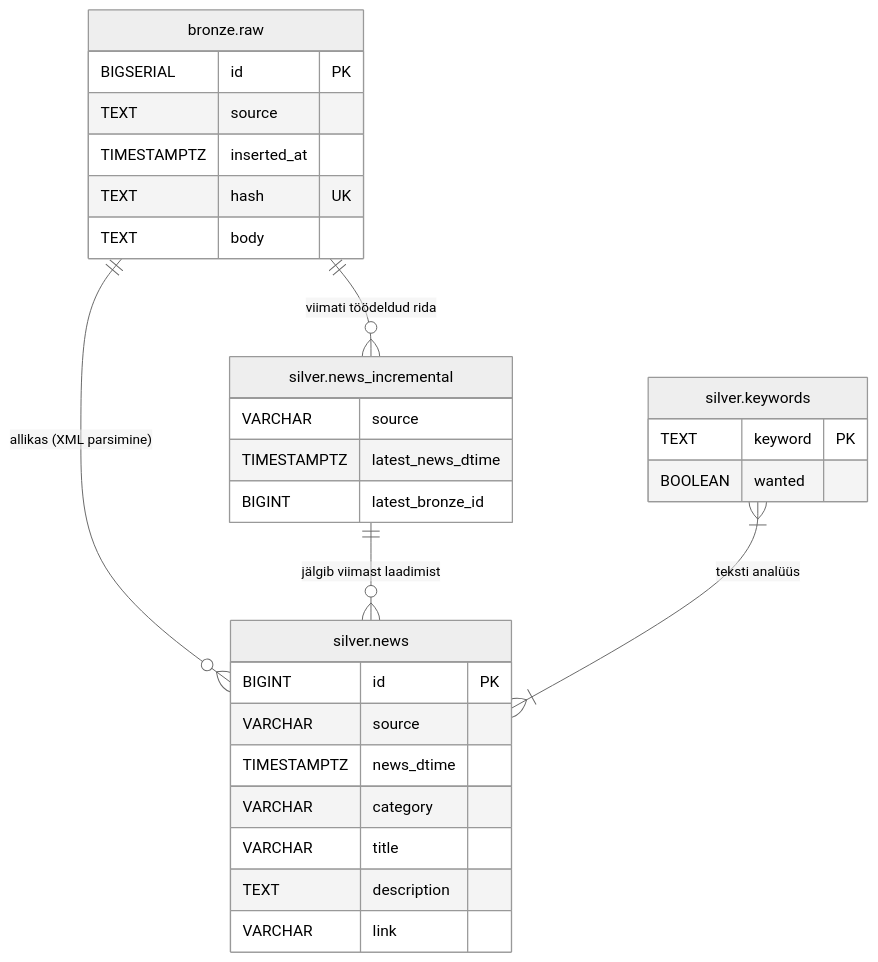
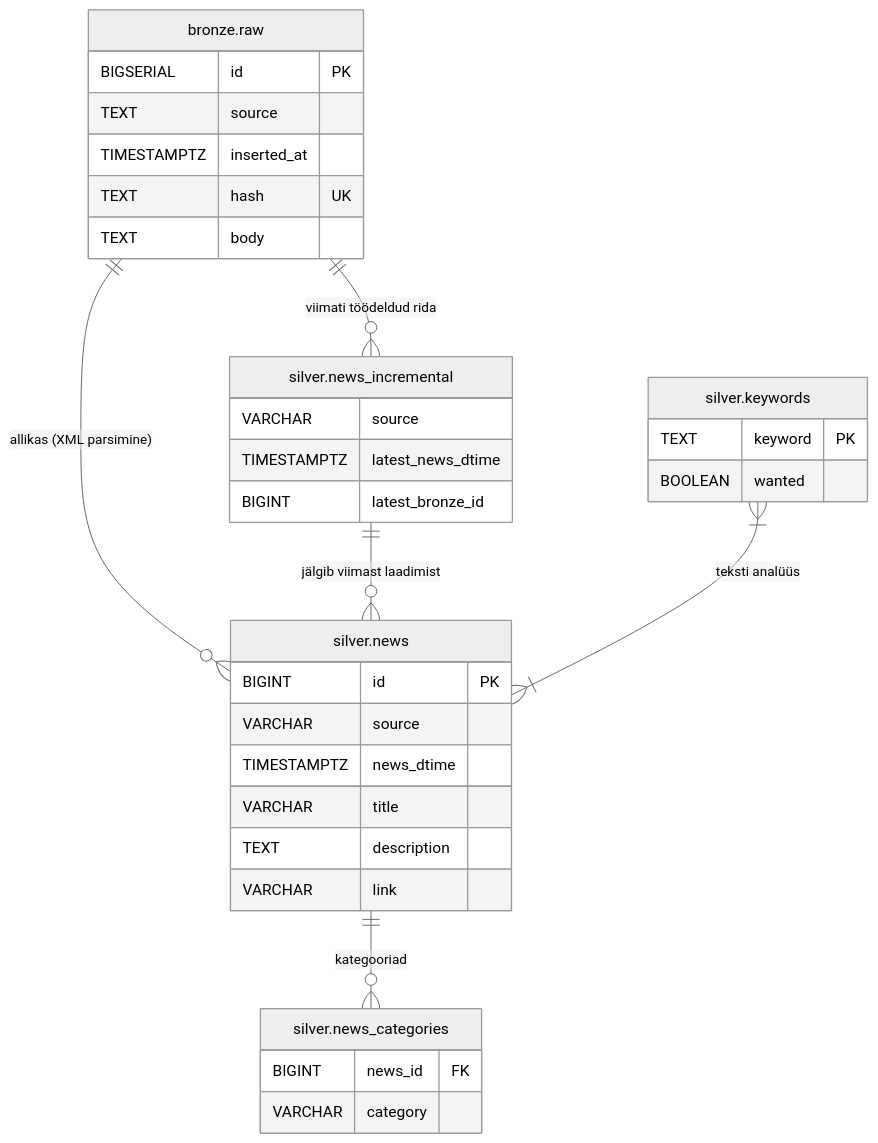
The second of 2 diagrams in RDS/README.md (kaidokariste/ut-aik-grupitoo), drawn with Mermaid before and after one commit. The commit also changed other lines of this file and 6 other files, not shown here.

````diff
--- a/RDS/README.md
+++ b/RDS/README.md
@@ -85,37 +95,42 @@
 ```mermaid
 %%{init: {'theme': 'neutral'}}%%
 erDiagram
     "bronze.raw" {
         BIGSERIAL id PK
         TEXT source
         TIMESTAMPTZ inserted_at
         TEXT hash UK
         TEXT body
     }
 
     "silver.news" {
         BIGINT id PK
         VARCHAR source
         TIMESTAMPTZ news_dtime
-        VARCHAR category
         VARCHAR title
         TEXT description
         VARCHAR link
+    }
+
+    "silver.news_categories" {
+        BIGINT news_id FK
+        VARCHAR category
     }
 
     "silver.news_incremental" {
         VARCHAR source
         TIMESTAMPTZ latest_news_dtime
         BIGINT latest_bronze_id
     }
 
     "silver.keywords" {
         TEXT keyword PK
         BOOLEAN wanted
     }
 
     "bronze.raw" ||--o{ "silver.news" : "allikas (XML parsimine)"
     "bronze.raw" ||--o{ "silver.news_incremental" : "viimati töödeldud rida"
     "silver.news_incremental" ||--o{ "silver.news" : "jälgib viimast laadimist"
     "silver.keywords" }|--|{ "silver.news" : "teksti analüüs"
+    "silver.news" ||--o{ "silver.news_categories" : "kategooriad"
 ```
````
